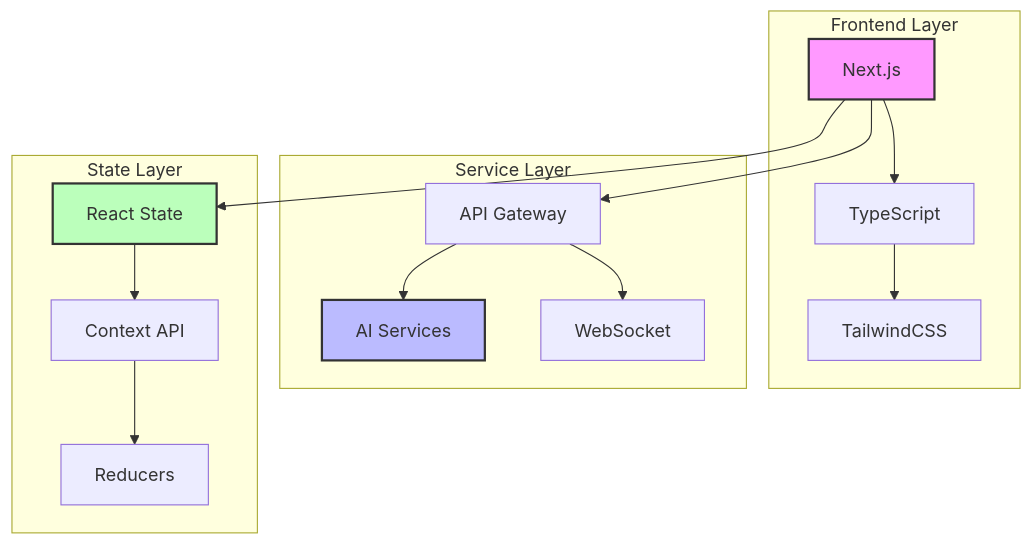
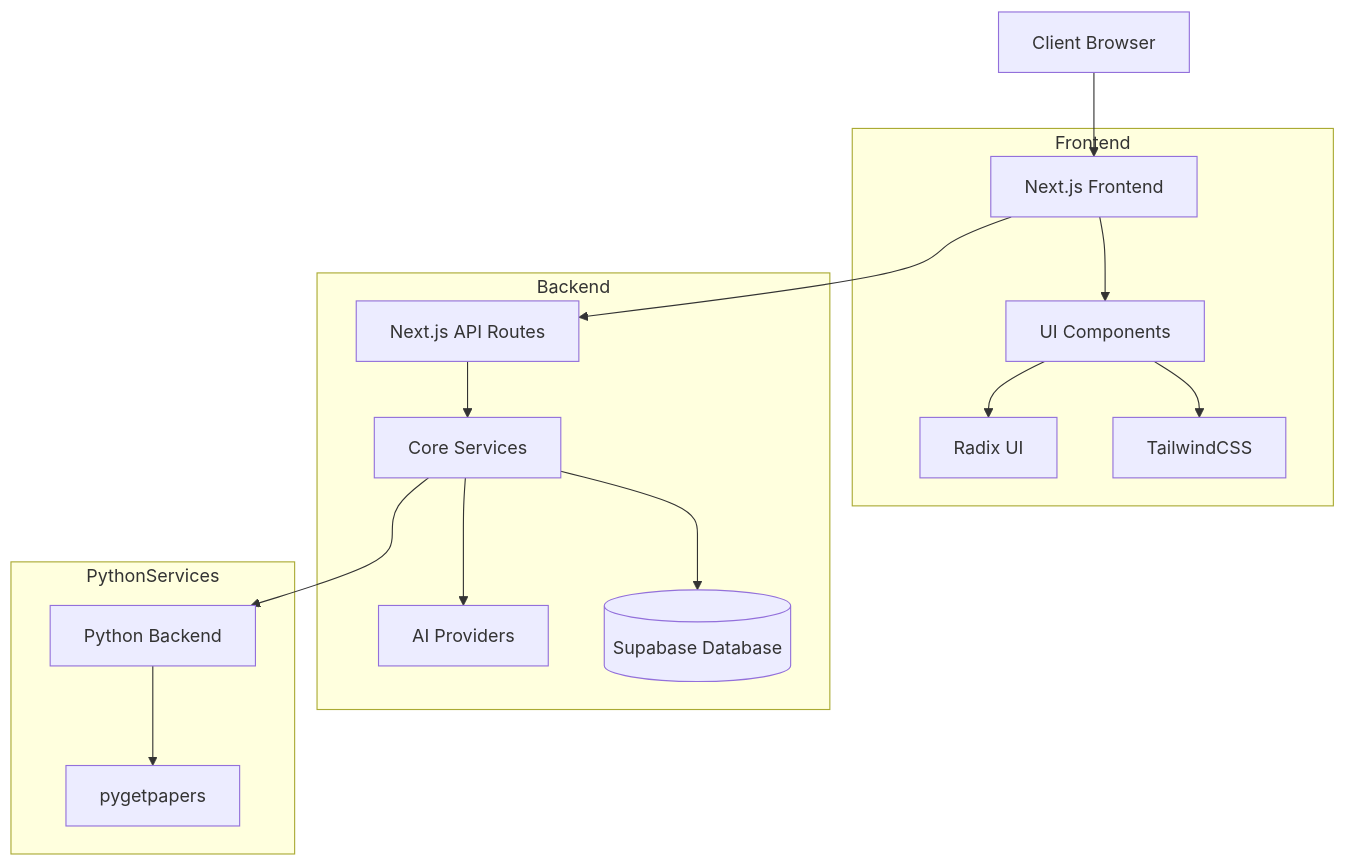
One commit to Kedhareswer/thesisflow-ai changed the third of 3 diagrams in README.md. Above: the diagram before and after it, drawn with Mermaid. The commit also changed other lines of this file, not shown here.

````diff
--- a/README.md
+++ b/README.md
@@ -159,33 +260,32 @@
 ```mermaid
-graph TD
-    subgraph Frontend Layer
-        N[Next.js]
-        T[TypeScript]
-        TW[TailwindCSS]
+flowchart TD
+    Client[Client Browser] --> NextJS[Next.js Frontend]
+    NextJS --> APIRoutes[Next.js API Routes]
+    NextJS --> Components[UI Components]
+    Components --> RadixUI[Radix UI]
+    Components --> TailwindCSS[TailwindCSS]
+    APIRoutes --> Services[Core Services]
+    Services --> AIProviders[AI Providers]
+    Services --> Database[(Supabase Database)]
+    Services --> PythonBackend[Python Backend]
+    PythonBackend --> PyGetPapers[pygetpapers]
+    
+    subgraph Frontend
+        NextJS
+        Components
+        RadixUI
+        TailwindCSS
     end
     
-    subgraph Service Layer
-        AI[AI Services]
-        WS[WebSocket]
-        API[API Gateway]
+    subgraph Backend
+        APIRoutes
+        Services
+        AIProviders
+        Database
     end
     
-    subgraph State Layer
-        RS[React State]
-        CTX[Context API]
-        RED[Reducers]
+    subgraph PythonServices
+        PythonBackend
+        PyGetPapers
     end
-    
-    N --> T
-    T --> TW
-    N --> RS
-    RS --> CTX
-    CTX --> RED
-    N --> API
-    API --> AI
-    API --> WS
-    
-    style N fill:#f9f,stroke:#333,stroke-width:2px
-    style AI fill:#bbf,stroke:#333,stroke-width:2px
-    style RS fill:#bfb,stroke:#333,stroke-width:2px
 ```
````
